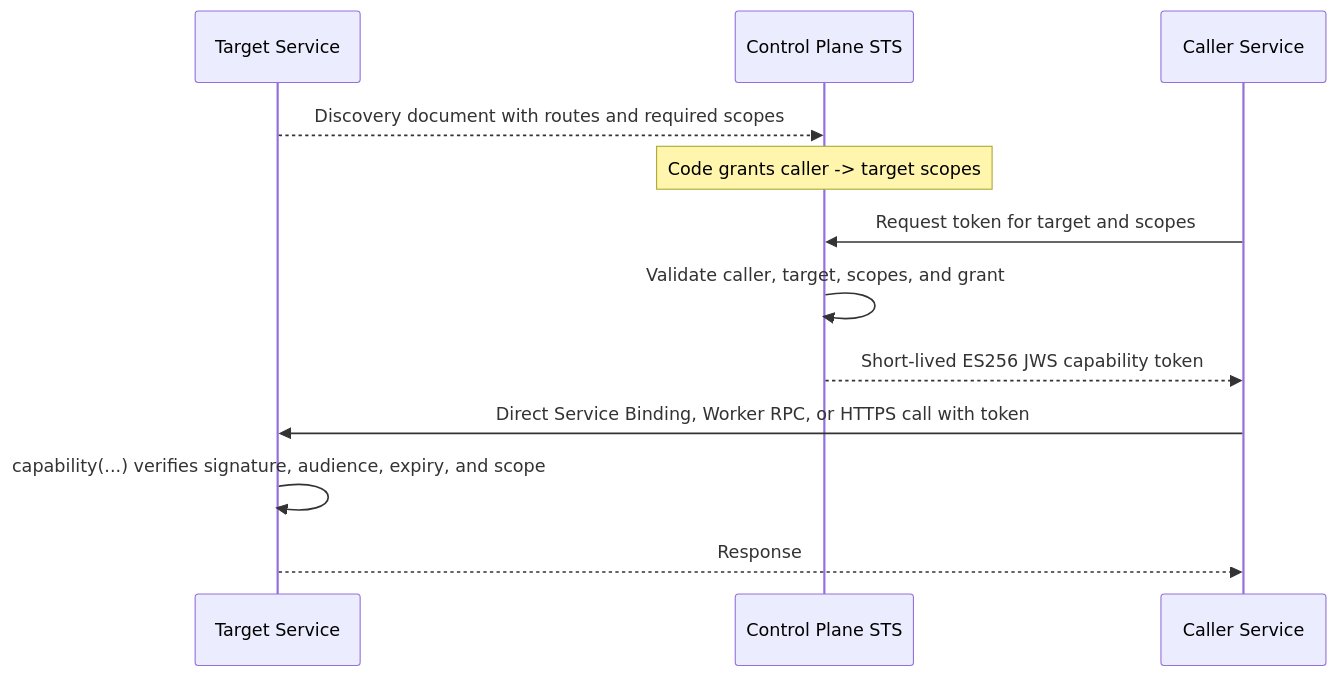
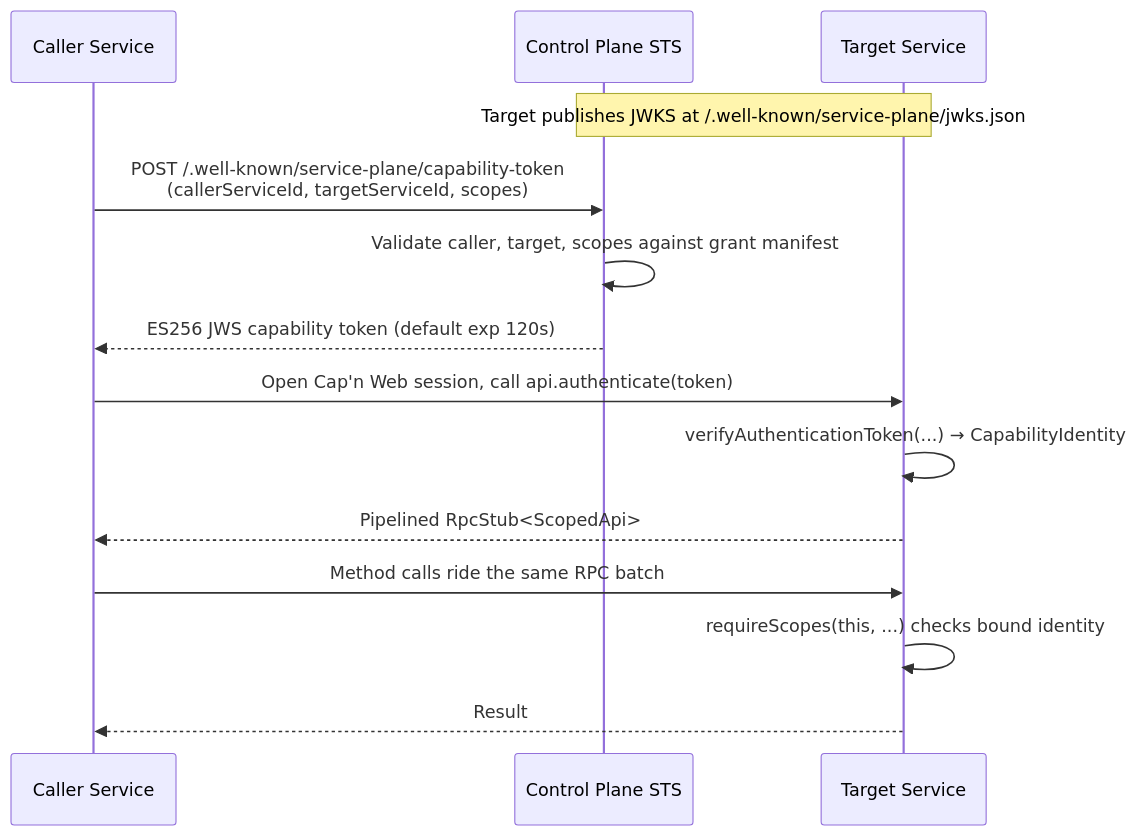
Before and after one commit to JUVOJustin/service-plane: the diagram in docs/architecture.md, drawn with Mermaid. The commit also changed other lines of this file and 9 other files, not shown here.

First line of the commit message:
Rewrite README and docs for the Cap'n Web surface

````diff
--- a/docs/architecture.md
+++ b/docs/architecture.md
@@ -9,15 +9,17 @@
 ```mermaid
 sequenceDiagram
+  participant Caller as Caller Service
+  participant Plane as Control Plane STS
   participant Target as Target Service
-  participant Control as Control Plane STS
-  participant Caller as Caller Service
 
-  Target-->>Control: Discovery document with routes and required scopes
-  Note over Control: Code grants caller -> target scopes
-  Caller->>Control: Request token for target and scopes
-  Control->>Control: Validate caller, target, scopes, and grant
-  Control-->>Caller: Short-lived ES256 JWS capability token
-  Caller->>Target: Direct Service Binding, Worker RPC, or HTTPS call with token
-  Target->>Target: capability(...) verifies signature, audience, expiry, and scope
-  Target-->>Caller: Response
+  Note over Target,Plane: Target publishes JWKS at /.well-known/service-plane/jwks.json
+  Caller->>Plane: POST /.well-known/service-plane/capability-token<br/>(callerServiceId, targetServiceId, scopes)
+  Plane->>Plane: Validate caller, target, scopes against grant manifest
+  Plane-->>Caller: ES256 JWS capability token (default exp 120s)
+  Caller->>Target: Open Cap'n Web session, call api.authenticate(token)
+  Target->>Target: verifyAuthenticationToken(...) → CapabilityIdentity
+  Target-->>Caller: Pipelined RpcStub<ScopedApi>
+  Caller->>Target: Method calls ride the same RPC batch
+  Target->>Target: requireScopes(this, ...) checks bound identity
+  Target-->>Caller: Result
 ```
````
